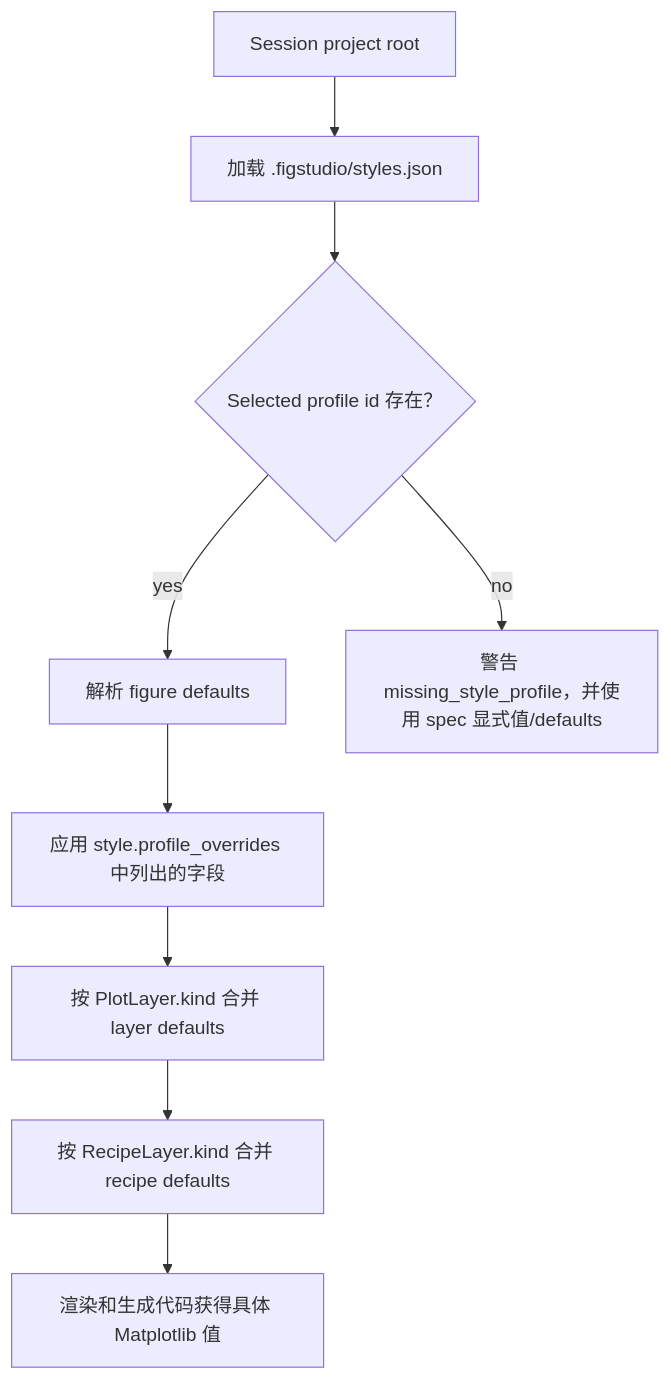
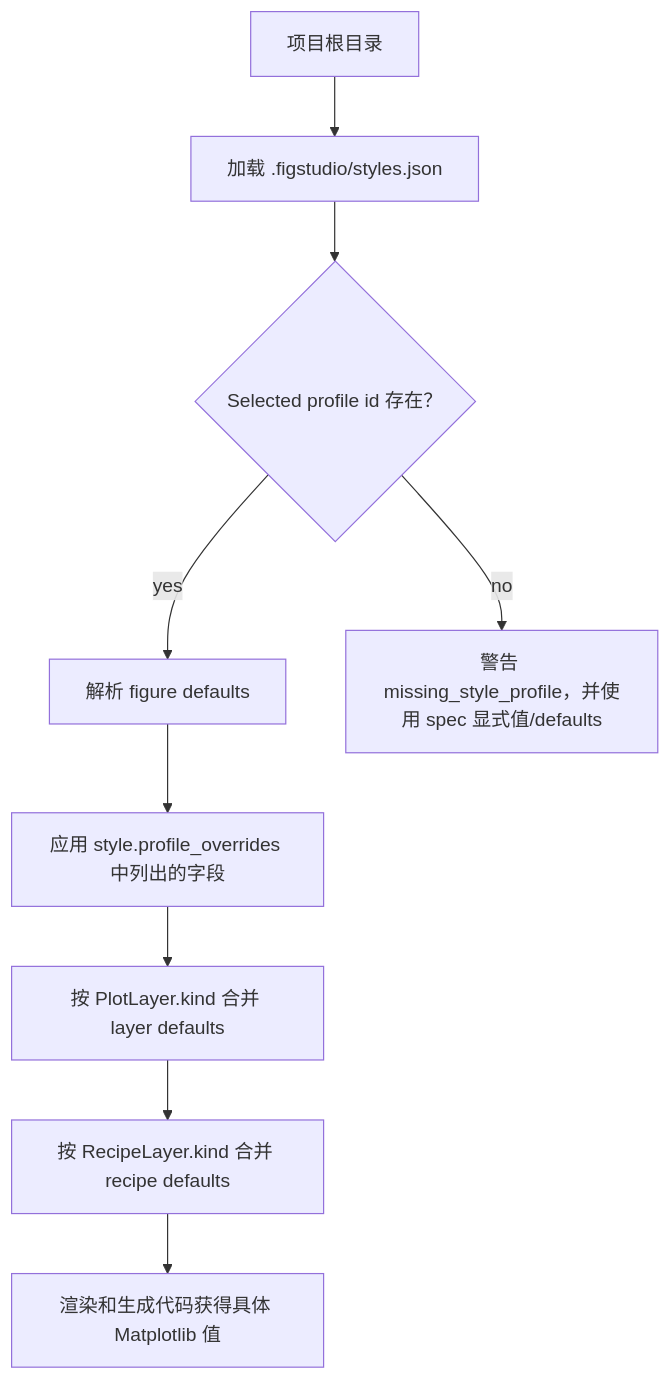
The diagram in docs/zh/styles-and-layouts.md (Isabelle20070607/figstudio), drawn with Mermaid before and after one commit. The commit also changed other lines of this file and 13 other files, not shown here.

````diff
--- a/docs/zh/styles-and-layouts.md
+++ b/docs/zh/styles-and-layouts.md
@@ -56,11 +56,11 @@
 ```mermaid
 flowchart TD
-  A["Session project root"] --> B["加载 .figstudio/styles.json"]
+  A["项目根目录"] --> B["加载 .figstudio/styles.json"]
   B --> C{"Selected profile id 存在？"}
   C -->|yes| D["解析 figure defaults"]
   C -->|no| E["警告 missing_style_profile，并使用 spec 显式值/defaults"]
   D --> F["应用 style.profile_overrides 中列出的字段"]
   F --> G["按 PlotLayer.kind 合并 layer defaults"]
   G --> H["按 RecipeLayer.kind 合并 recipe defaults"]
   H --> I["渲染和生成代码获得具体 Matplotlib 值"]
 ```
````
